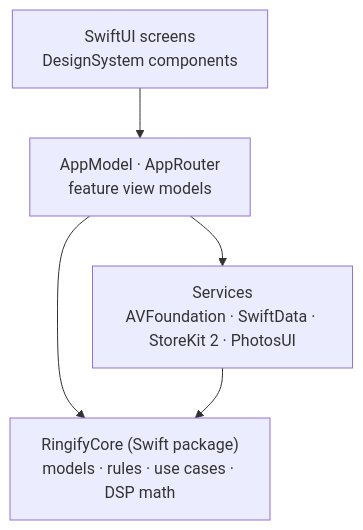
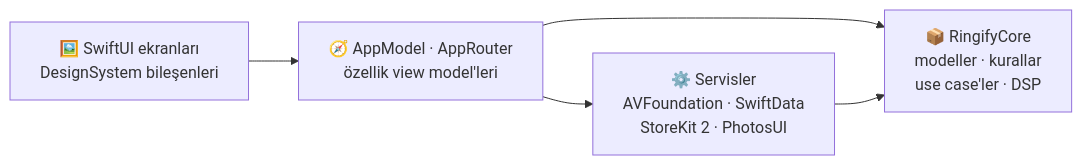
One commit to geniuseyis/ringify changed the diagram in README.md. Above: the diagram before and after it, drawn with Mermaid. The commit also changed other lines of this file, not shown here.

Commit message:
docs(readme): Turkish README with modern layout, feature grid and roadmap

````diff
--- a/README.md
+++ b/README.md
@@ -111,7 +103,7 @@
 ```mermaid
-flowchart TD
-    UI["SwiftUI screens<br/>DesignSystem components"] --> VM["AppModel · AppRouter<br/>feature view models"]
-    VM --> SVC["Services<br/>AVFoundation · SwiftData · StoreKit 2 · PhotosUI"]
-    VM --> CORE["RingifyCore (Swift package)<br/>models · rules · use cases · DSP math"]
+flowchart LR
+    UI["🖼️ SwiftUI ekranları<br/>DesignSystem bileşenleri"] --> VM["🧭 AppModel · AppRouter<br/>özellik view model'leri"]
+    VM --> SVC["⚙️ Servisler<br/>AVFoundation · SwiftData<br/>StoreKit 2 · PhotosUI"]
+    VM --> CORE["📦 RingifyCore<br/>modeller · kurallar<br/>use case'ler · DSP"]
     SVC --> CORE
 ```
````
